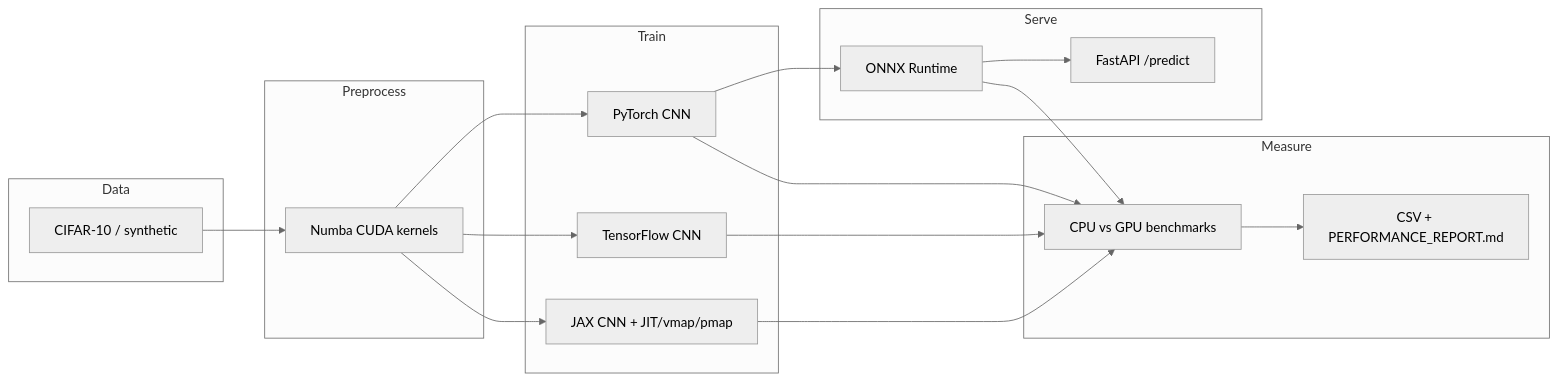
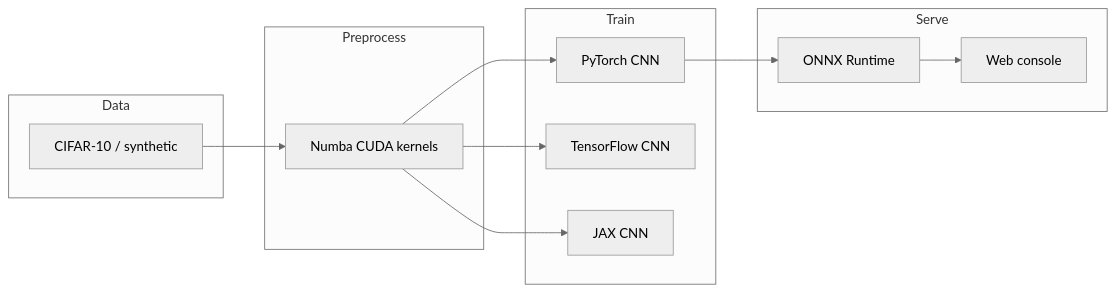
The diagram in README.md (meta-success/GPU-Accelerated-ML-Pipeline), drawn with Mermaid (neutral theme) before and after one commit. The commit also changed other lines of this file and 17 other files, not shown here.

````diff
--- a/README.md
+++ b/README.md
@@ -15,33 +15,22 @@
 ```mermaid
 flowchart LR
     subgraph Data
       CIFAR[CIFAR-10 / synthetic]
     end
     subgraph Preprocess
       CUDA[Numba CUDA kernels]
     end
     subgraph Train
       PT[PyTorch CNN]
       TF[TensorFlow CNN]
-      JAX[JAX CNN + JIT/vmap/pmap]
+      JAX[JAX CNN]
     end
     subgraph Serve
       ONNX[ONNX Runtime]
-      API[FastAPI /predict]
+      UI[Web console]
     end
-    subgraph Measure
-      BENCH[CPU vs GPU benchmarks]
-      RPT[CSV + PERFORMANCE_REPORT.md]
-    end
-    CIFAR --> CUDA
-    CUDA --> PT
+    CIFAR --> CUDA --> PT
     CUDA --> TF
     CUDA --> JAX
-    PT --> ONNX
-    ONNX --> API
-    PT --> BENCH
-    TF --> BENCH
-    JAX --> BENCH
-    ONNX --> BENCH
-    BENCH --> RPT
+    PT --> ONNX --> UI
 ```
````
